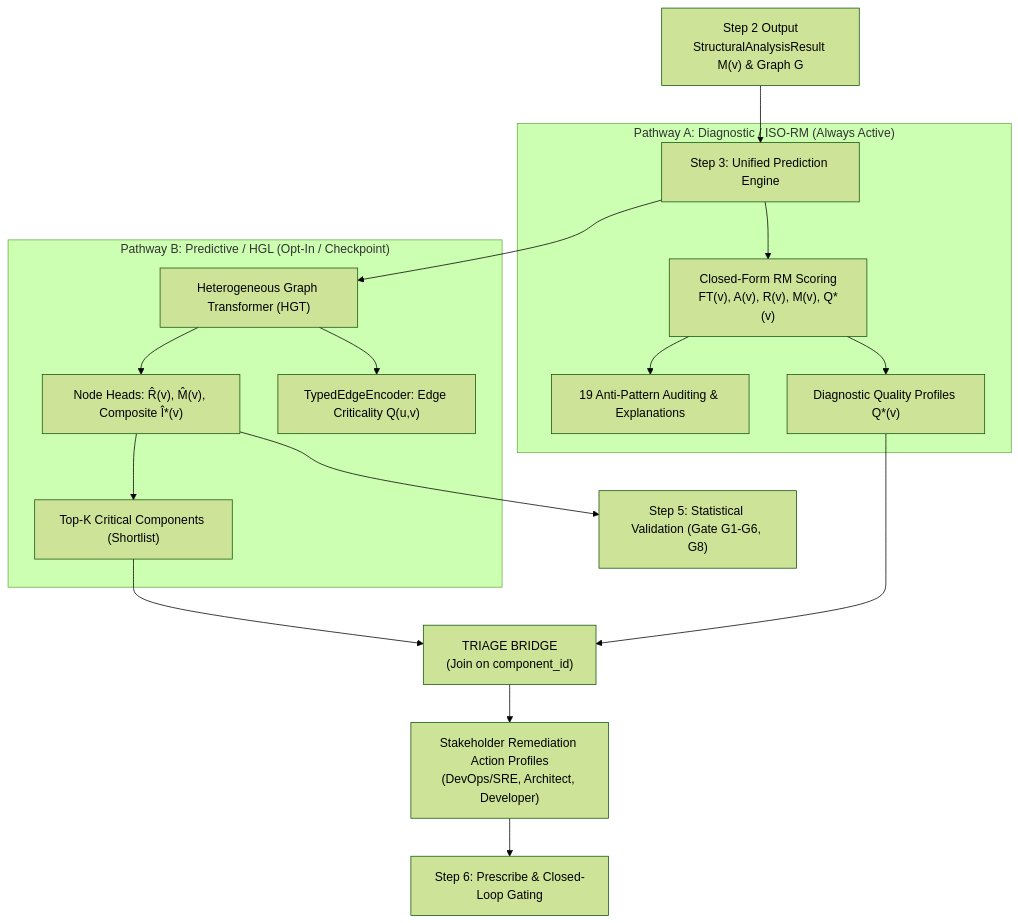
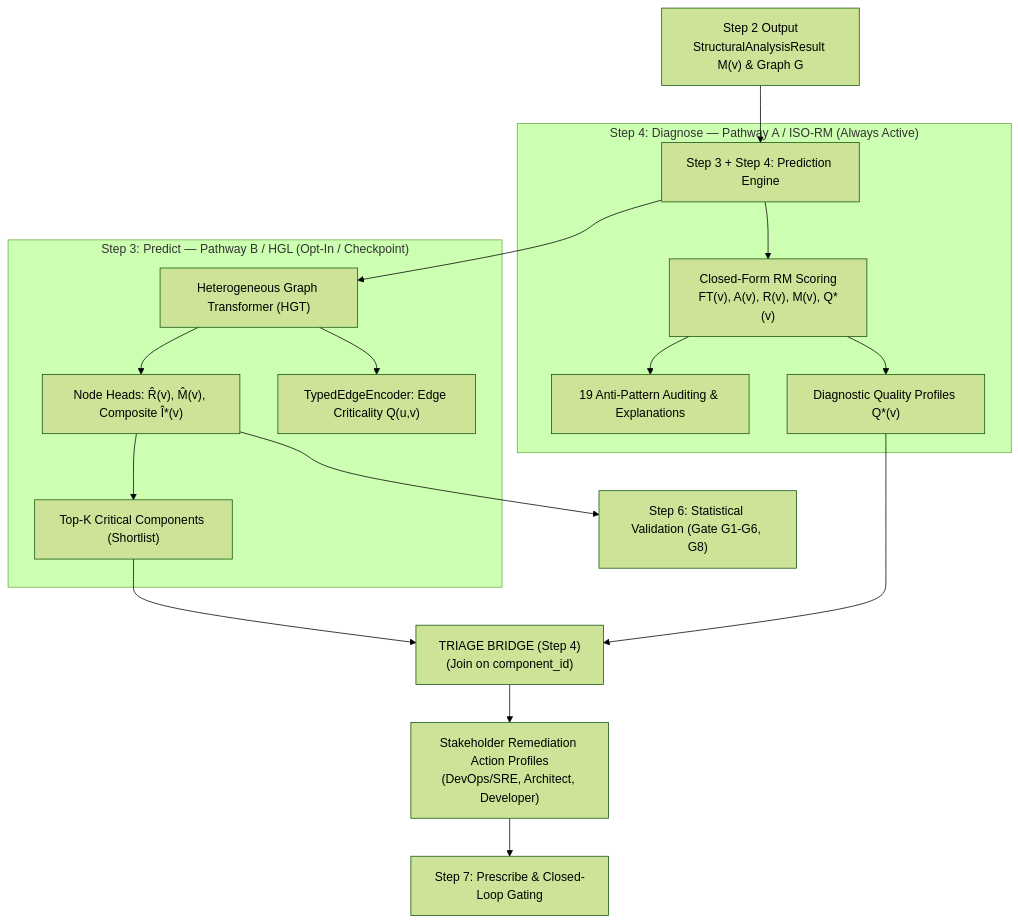
One commit to onuralpyigit/software-as-a-graph changed the first of 3 diagrams in docs/prediction.md. Above: the diagram before and after it, drawn with Mermaid (forest theme). The commit also changed other lines of this file and 33 other files, not shown here.

First line of the commit message:
feat: Introduce Diagnose stage (Step 4) for root-cause attribution

````diff
--- a/docs/prediction.md
+++ b/docs/prediction.md
@@ -49,23 +41,23 @@
 ```mermaid
 flowchart TD
-    M["Step 2 Output<br>StructuralAnalysisResult M(v) & Graph G"] --> PE["Step 3: Unified Prediction Engine"]
-    
-    subgraph PathRM["Pathway A: Diagnostic / ISO-RM (Always Active)"]
+    M["Step 2 Output<br>StructuralAnalysisResult M(v) & Graph G"] --> PE["Step 3 + Step 4: Prediction Engine"]
+
+    subgraph PathRM["Step 4: Diagnose — Pathway A / ISO-RM (Always Active)"]
         PE --> RM["Closed-Form RM Scoring<br>FT(v), A(v), R(v), M(v), Q*(v)"]
         RM --> AP["19 Anti-Pattern Auditing & Explanations"]
         RM --> OUT_RM["Diagnostic Quality Profiles Q*(v)"]
     end
 
-    subgraph PathGNN["Pathway B: Predictive / HGL (Opt-In / Checkpoint)"]
+    subgraph PathGNN["Step 3: Predict — Pathway B / HGL (Opt-In / Checkpoint)"]
         PE --> HGT["Heterogeneous Graph Transformer (HGT)"]
         HGT --> NH["Node Heads: R̂(v), M̂(v), Composite Î*(v)"]
         HGT --> EH["TypedEdgeEncoder: Edge Criticality Q(u,v)"]
         NH --> TOPK["Top-K Critical Components (Shortlist)"]
     end
 
-    TOPK --> TB["TRIAGE BRIDGE<br>(Join on component_id)"]
+    TOPK --> TB["TRIAGE BRIDGE (Step 4)<br>(Join on component_id)"]
     OUT_RM --> TB
     TB --> SO["Stakeholder Remediation Action Profiles<br>(DevOps/SRE, Architect, Developer)"]
-    SO --> PRESCRIBE["Step 6: Prescribe & Closed-Loop Gating"]
-    NH --> VALIDATE["Step 5: Statistical Validation (Gate G1-G6, G8)"]
+    SO --> PRESCRIBE["Step 7: Prescribe & Closed-Loop Gating"]
+    NH --> VALIDATE["Step 6: Statistical Validation (Gate G1-G6, G8)"]
 ```
````
